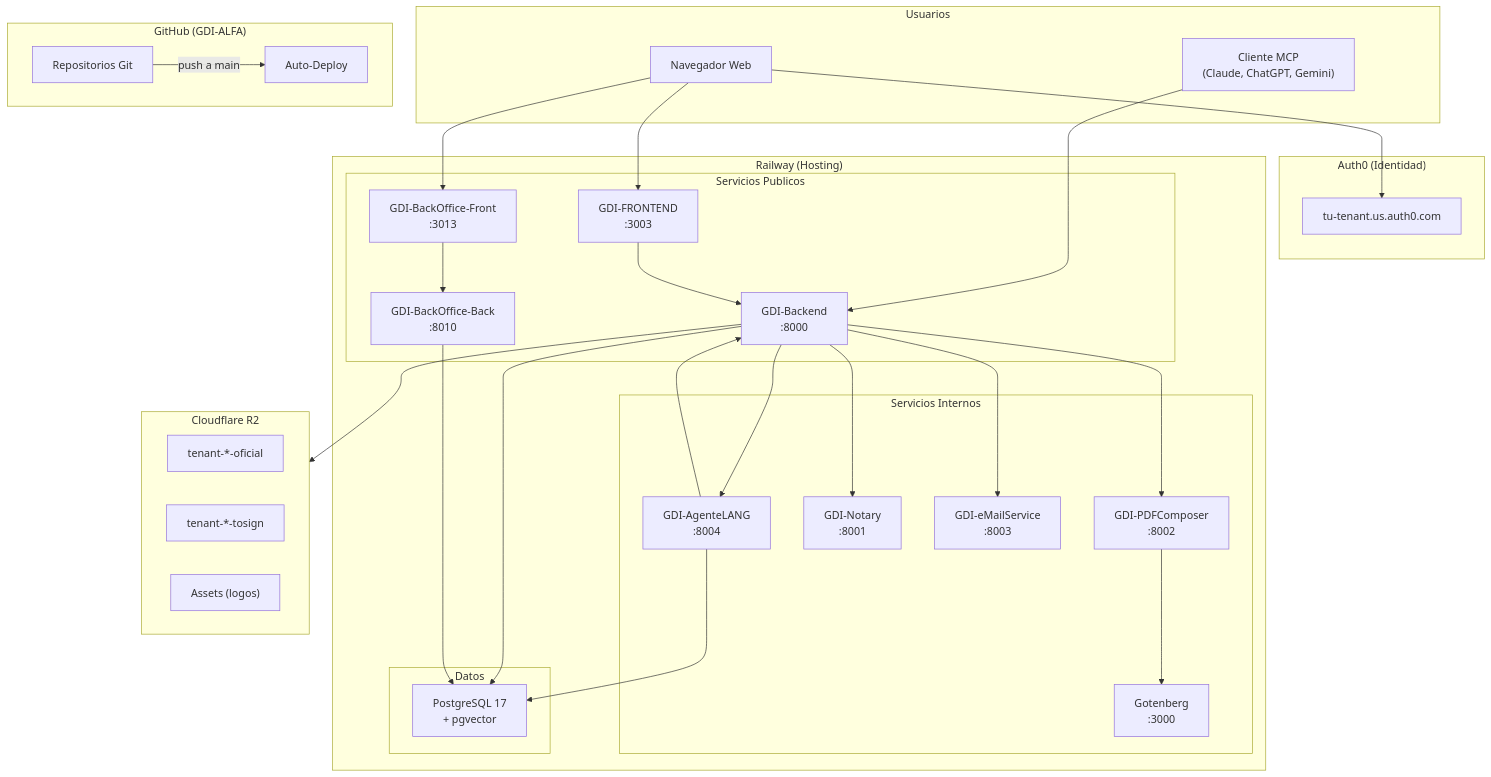
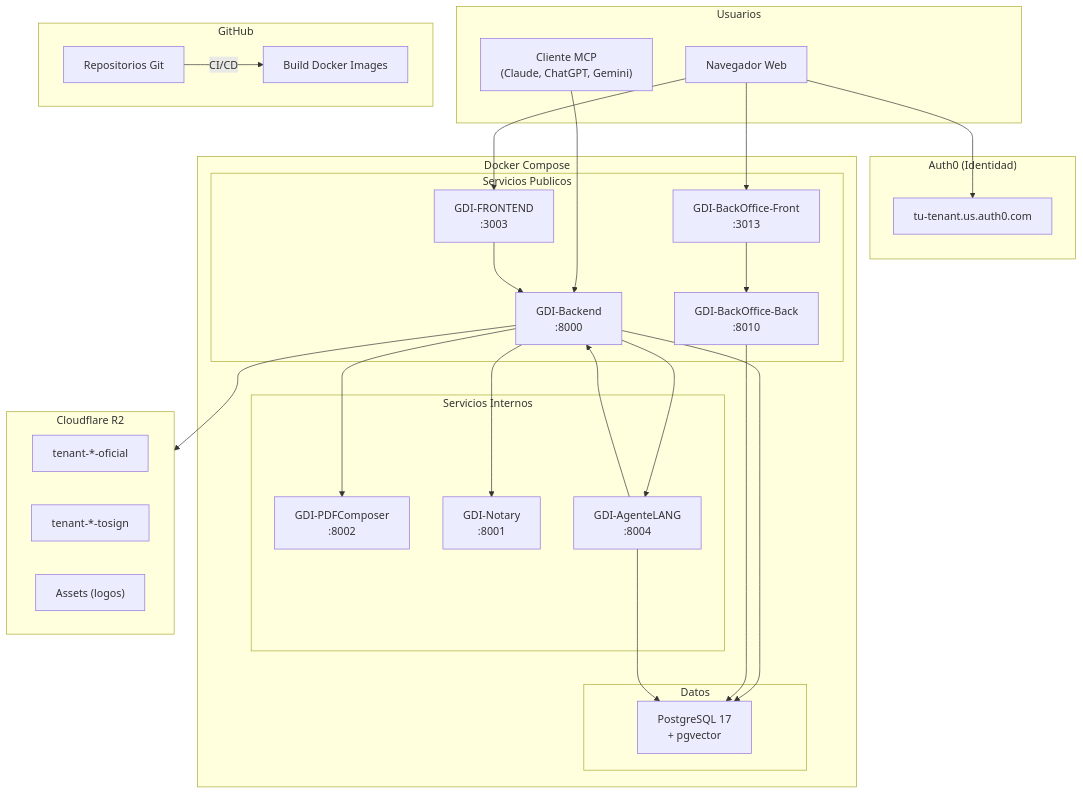
Before and after one commit to GDI-APGLv3/GDI-Docs: the diagram in docs/desarrollo/deploy/index.md, drawn with Mermaid. The commit also changed other lines of this file and 43 other files, not shown here.

First line of the commit message:
docs: migrar Railway a Docker + limpiar servicios deprecados

````diff
--- a/docs/desarrollo/deploy/index.md
+++ b/docs/desarrollo/deploy/index.md
@@ -18,66 +17,60 @@
 ```mermaid
 graph TB
     subgraph Usuarios["Usuarios"]
         Browser["Navegador Web"]
         MCP_Client["Cliente MCP<br/>(Claude, ChatGPT, Gemini)"]
     end
 
     subgraph Auth0["Auth0 (Identidad)"]
         Auth0_Tenant["tu-tenant.us.auth0.com"]
     end
 
-    subgraph GitHub["GitHub (GDI-ALFA)"]
+    subgraph GitHub["GitHub"]
         Repos["Repositorios Git"]
-        Repos --> |push a main| Railway_Deploy
+        Repos --> |CI/CD| Docker_Build["Build Docker Images"]
     end
 
-    subgraph Railway["Railway (Hosting)"]
+    subgraph Docker["Docker Compose"]
         subgraph Publicos["Servicios Publicos"]
             FE["GDI-FRONTEND<br/>:3003"]
             BE["GDI-Backend<br/>:8000"]
             BOFE["GDI-BackOffice-Front<br/>:3013"]
             BOBE["GDI-BackOffice-Back<br/>:8010"]
         end
 
         subgraph Internos["Servicios Internos"]
             PDF["GDI-PDFComposer<br/>:8002"]
             NOT["GDI-Notary<br/>:8001"]
-            MAIL["GDI-eMailService<br/>:8003"]
             AGENT["GDI-AgenteLANG<br/>:8004"]
-            GOT["Gotenberg<br/>:3000"]
         end
 
         subgraph Data["Datos"]
             PG["PostgreSQL 17<br/>+ pgvector"]
         end
-
-        Railway_Deploy["Auto-Deploy"]
     end
 
     subgraph Cloudflare["Cloudflare R2"]
         Bucket_Oficial["tenant-*-oficial"]
         Bucket_ToSign["tenant-*-tosign"]
         Bucket_Assets["Assets (logos)"]
     end
 
     Browser --> Auth0_Tenant
     Browser --> FE
     Browser --> BOFE
     MCP_Client --> BE
 
     FE --> BE
     BOFE --> BOBE
 
     BE --> PDF
     BE --> NOT
-    BE --> MAIL
     BE --> AGENT
     BE --> PG
     BE --> Cloudflare
 
     BOBE --> PG
 
-    PDF --> GOT
     AGENT --> PG
     AGENT --> BE
 ```
````
